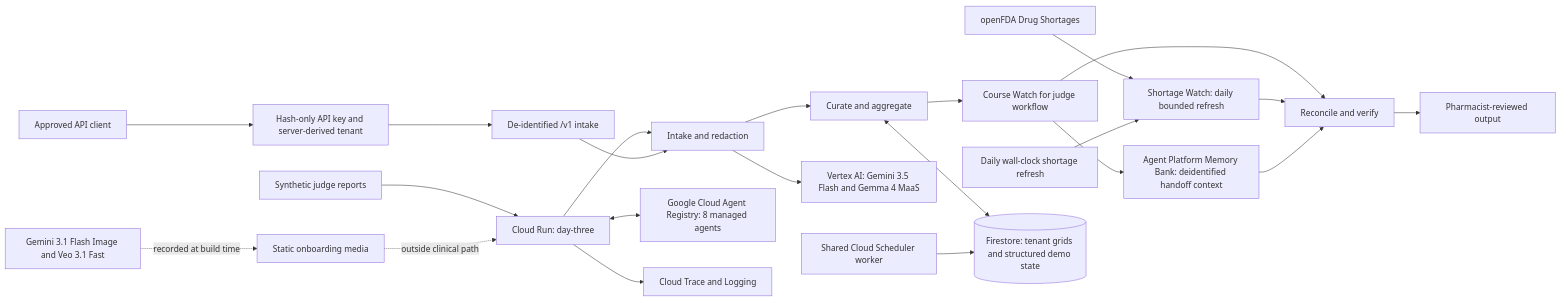
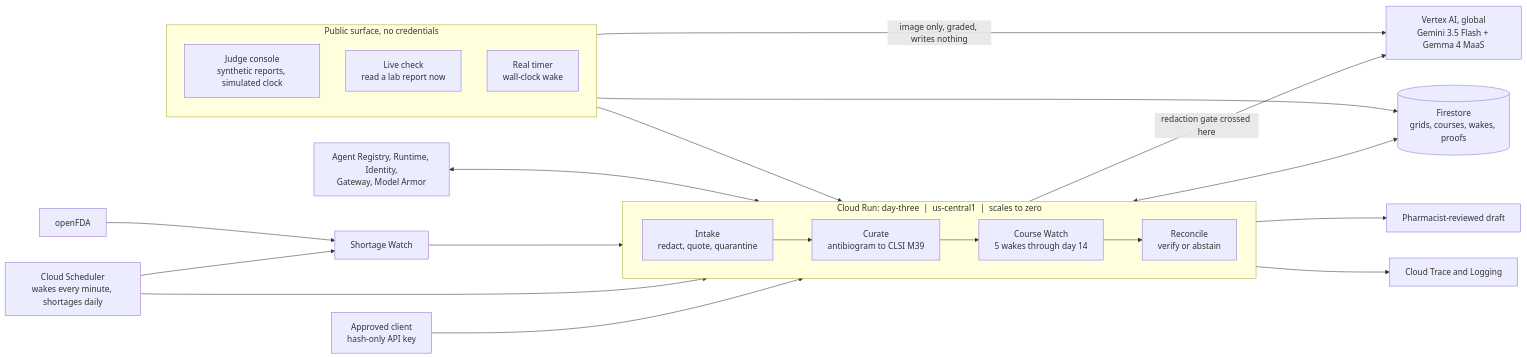
The diagram in README.md (usv240/day-three), drawn with Mermaid before and after one commit. The commit also changed other lines of this file and 7 other files, not shown here.

````diff
--- a/README.md
+++ b/README.md
@@ -103,24 +105,35 @@
 ```mermaid
+%% Day Three, as built. Kept deliberately small: the pipeline reads left to right,
+%% and everything else attaches to exactly one stage.
 flowchart LR
-    A[Synthetic judge reports] --> B[Cloud Run: day-three]
-    API[Approved API client] --> K[Hash-only API key and server-derived tenant]
-    K --> DI[De-identified /v1 intake]
-    B --> I[Intake and redaction]
-    DI --> I
-    I --> C[Curate and aggregate]
-    C --> W[Course Watch for judge workflow]
-    W --> R[Reconcile and verify]
-    D[openFDA Drug Shortages] --> SW[Shortage Watch: daily bounded refresh]
-    SW --> R
-    DS[Daily wall-clock shortage refresh] --> SW
-    C <--> F[(Firestore: tenant grids and structured demo state)]
-    W --> MB[Agent Platform Memory Bank: deidentified handoff context]
-    MB --> R
-    I --> V[Vertex AI: Gemini 3.5 Flash and Gemma 4 MaaS]
-    S[Shared Cloud Scheduler worker] --> F
-    B <--> G[Google Cloud Agent Registry: 8 managed agents]
-    B --> T[Cloud Trace and Logging]
-    R --> H[Pharmacist-reviewed output]
-    M[Gemini 3.1 Flash Image and Veo 3.1 Fast] -. recorded at build time .-> O[Static onboarding media]
-    O -. outside clinical path .-> B
+    subgraph public["Public surface, no credentials"]
+        direction TB
+        UI[Judge console<br/>synthetic reports, simulated clock]
+        LV[Live check<br/>read a lab report now]
+        RT[Real timer<br/>wall-clock wake]
+    end
+
+    subgraph run["Cloud Run: day-three &nbsp;|&nbsp; us-central1 &nbsp;|&nbsp; scales to zero"]
+        direction LR
+        I[Intake<br/>redact, quote, quarantine] --> C[Curate<br/>antibiogram to CLSI M39]
+        C --> W[Course Watch<br/>5 wakes through day 14]
+        W --> R[Reconcile<br/>verify or abstain]
+    end
+
+    V[Vertex AI, global<br/>Gemini 3.5 Flash + Gemma 4 MaaS]
+    F[(Firestore<br/>grids, courses, wakes, proofs)]
+    SCH[Cloud Scheduler<br/>wakes every minute, shortages daily]
+
+    UI --> I
+    API[Approved client<br/>hash-only API key] --> I
+    I -->|redaction gate crossed here| V
+    LV -->|image only, graded, writes nothing| V
+    C <--> F
+    RT --> F
+    SCH --> W
+    SCH --> SW[Shortage Watch] --> R
+    FDA[openFDA] --> SW
+    R --> H[Pharmacist-reviewed draft]
+    G[Agent Registry, Runtime, Identity,<br/>Gateway, Model Armor] <--> I
+    R --> T[Cloud Trace and Logging]
 ```
````
